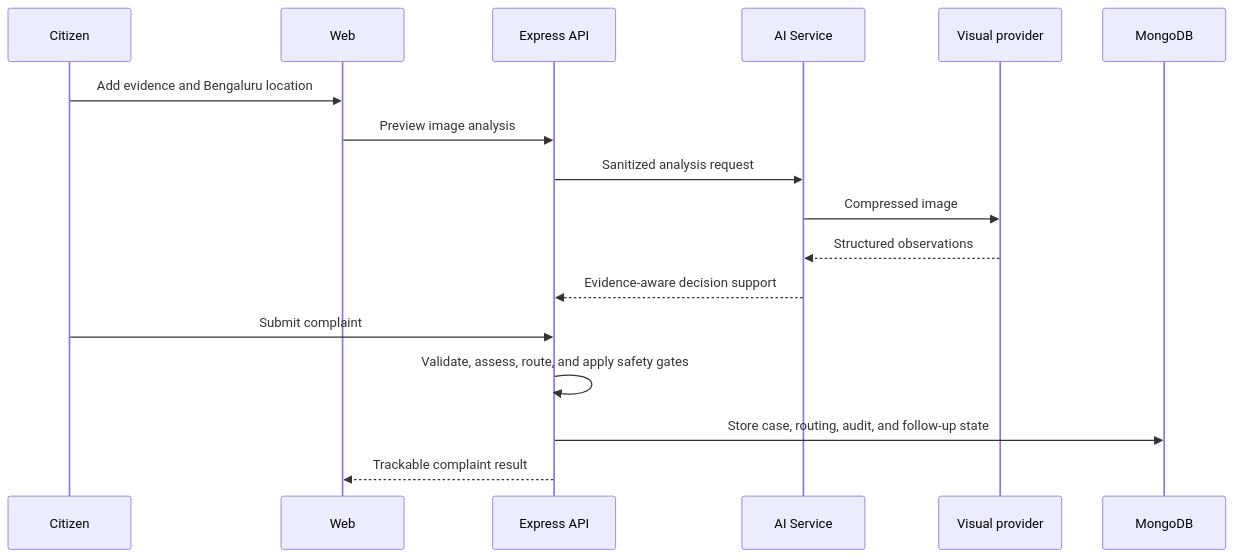
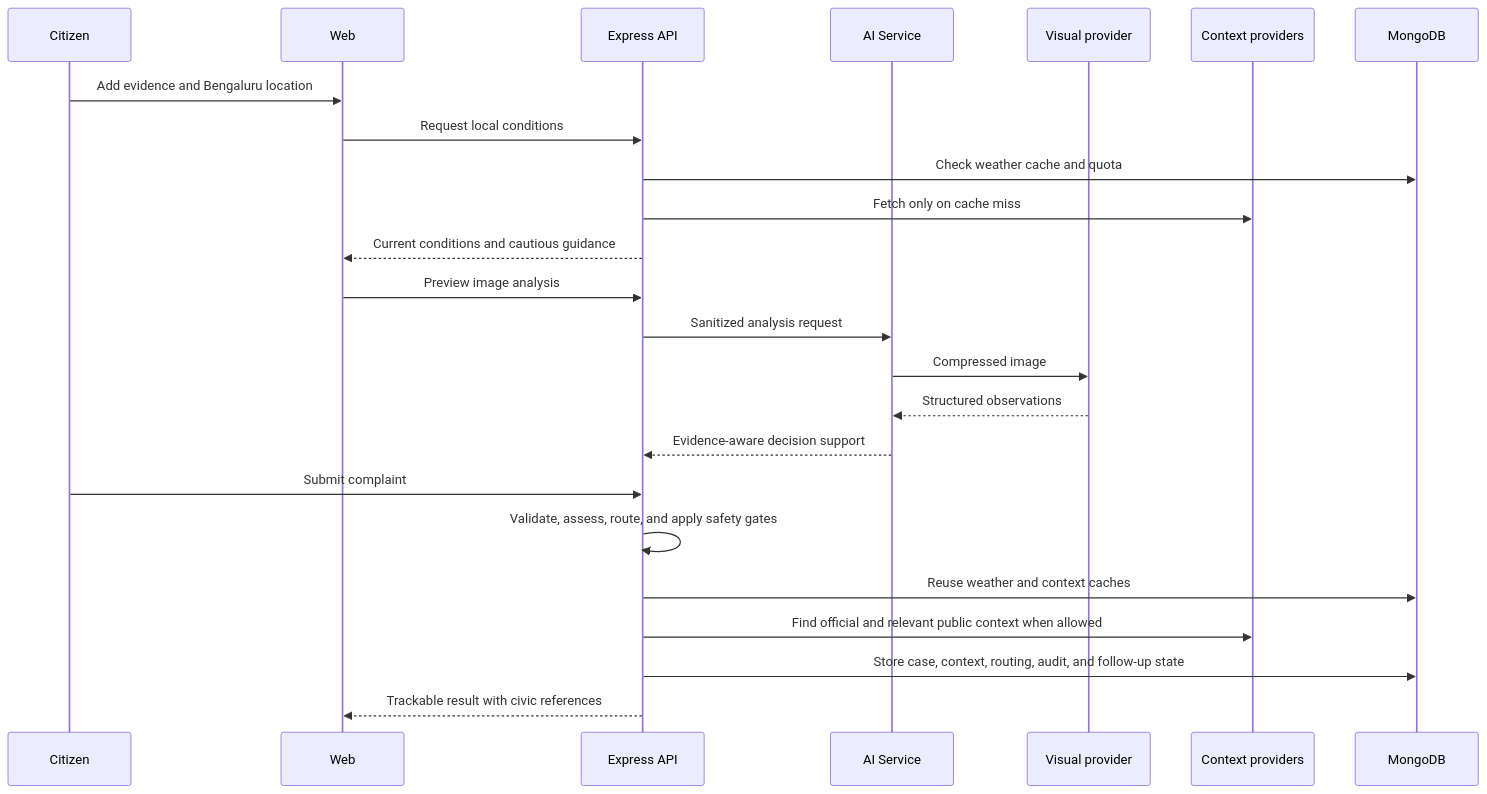
Before and after one commit to Shreyas0047/Ai-powered-Smart-Community-Problem-Detection: the second of 2 diagrams in README.md, drawn with Mermaid. The commit also changed other lines of this file and 20 other files, not shown here.

```diff
--- a/README.md
+++ b/README.md
@@ -104,20 +167,27 @@
 ~~~mermaid
 sequenceDiagram
     participant U as Citizen
     participant W as Web
     participant A as Express API
     participant I as AI Service
     participant V as Visual provider
+    participant C as Context providers
     participant D as MongoDB
 
     U->>W: Add evidence and Bengaluru location
+    W->>A: Request local conditions
+    A->>D: Check weather cache and quota
+    A->>C: Fetch only on cache miss
+    A-->>W: Current conditions and cautious guidance
     W->>A: Preview image analysis
     A->>I: Sanitized analysis request
     I->>V: Compressed image
     V-->>I: Structured observations
     I-->>A: Evidence-aware decision support
     U->>A: Submit complaint
     A->>A: Validate, assess, route, and apply safety gates
-    A->>D: Store case, routing, audit, and follow-up state
-    A-->>W: Trackable complaint result
+    A->>D: Reuse weather and context caches
+    A->>C: Find official and relevant public context when allowed
+    A->>D: Store case, context, routing, audit, and follow-up state
+    A-->>W: Trackable result with civic references
 ~~~
```
